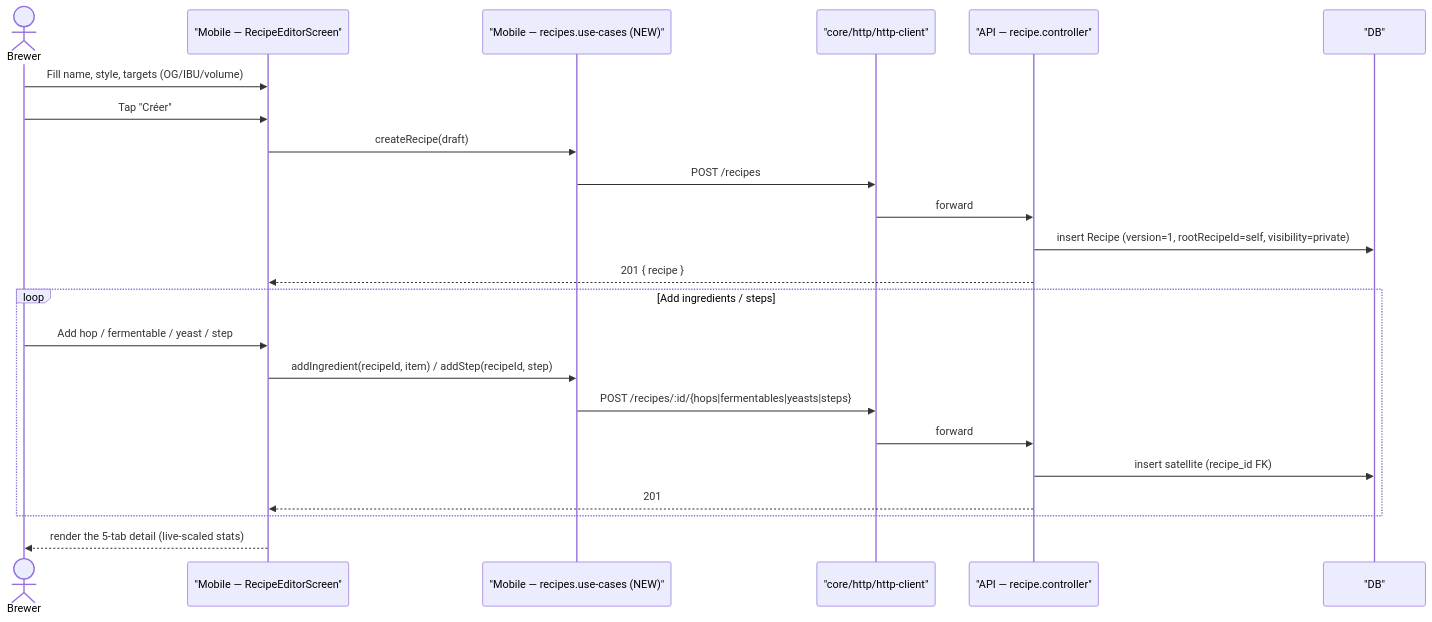
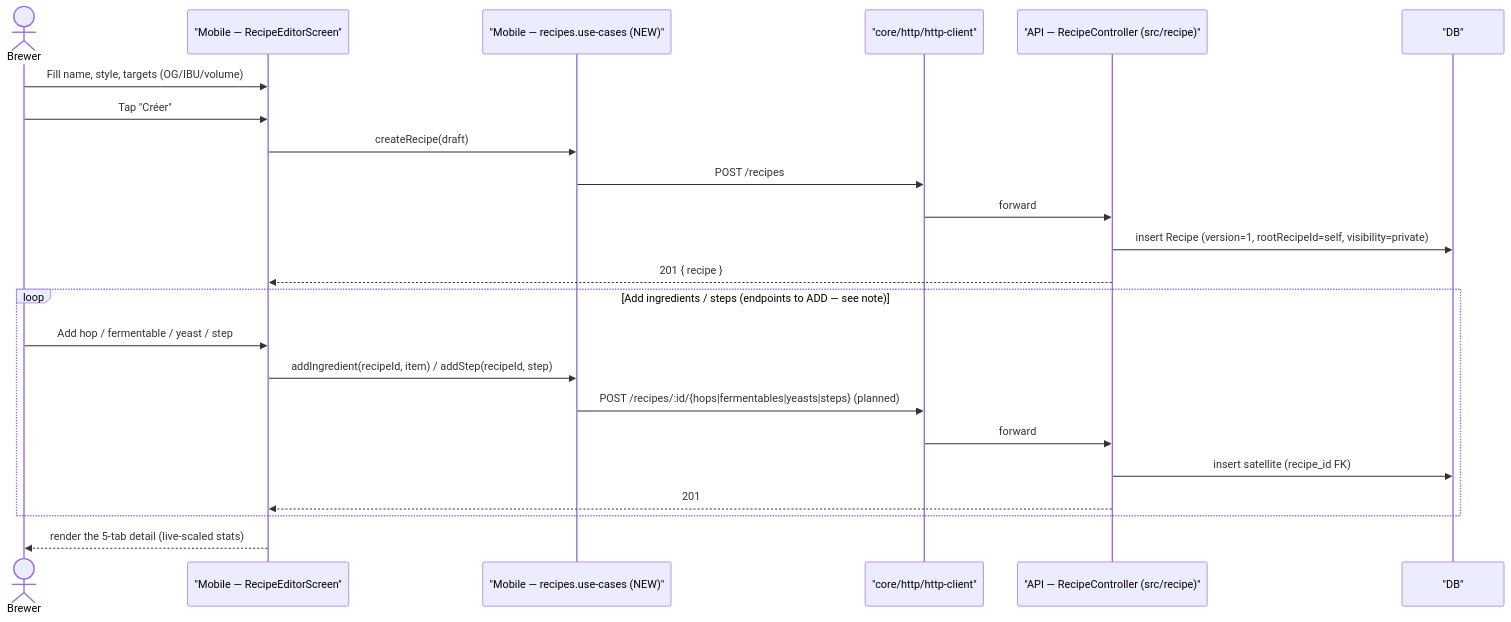
The first of 2 diagrams in docs/architecture/diagrams/recipes/02-sequence-create-and-fork.md (benoit-bremaud/brasse-bouillon), drawn with Mermaid before and after one commit. The commit also changed other lines of this file and 3 other files, not shown here.

First line of the commit message:
docs(recipes): address Copilot review — accuracy & API-surface fixes

````diff
--- a/docs/architecture/diagrams/recipes/02-sequence-create-and-fork.md
+++ b/docs/architecture/diagrams/recipes/02-sequence-create-and-fork.md
@@ -16,28 +16,28 @@
 ```mermaid
 sequenceDiagram
   actor B as Brewer
   participant S as "Mobile — RecipeEditorScreen"
   participant UC as "Mobile — recipes.use-cases (NEW)"
   participant HTTP as "core/http/http-client"
-  participant API as "API — recipe.controller"
+  participant API as "API — RecipeController (src/recipe)"
   participant DB as "DB"
 
   B->>S: Fill name, style, targets (OG/IBU/volume)
   B->>S: Tap "Créer"
   S->>UC: createRecipe(draft)
   UC->>HTTP: POST /recipes
   HTTP->>API: forward
   API->>DB: insert Recipe (version=1, rootRecipeId=self, visibility=private)
   API-->>S: 201 { recipe }
 
-  loop Add ingredients / steps
+  loop Add ingredients / steps (endpoints to ADD — see note)
     B->>S: Add hop / fermentable / yeast / step
     S->>UC: addIngredient(recipeId, item) / addStep(recipeId, step)
-    UC->>HTTP: POST /recipes/:id/{hops|fermentables|yeasts|steps}
+    UC->>HTTP: POST /recipes/:id/{hops|fermentables|yeasts|steps} (planned)
     HTTP->>API: forward
     API->>DB: insert satellite (recipe_id FK)
     API-->>S: 201
   end
 
   S-->>B: render the 5-tab detail (live-scaled stats)
 ```
````
